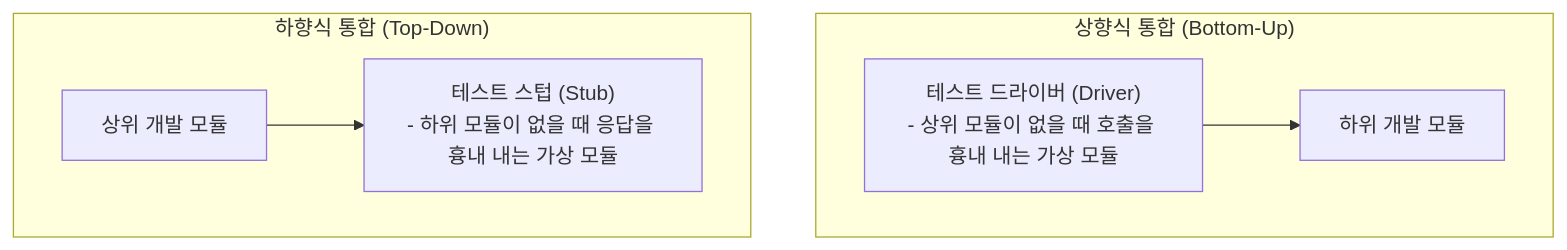
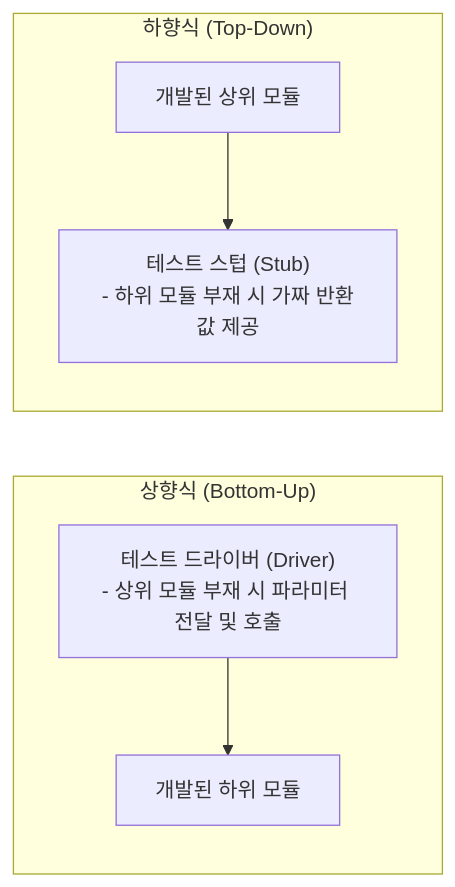
One commit to initbtn/blog changed the second of 2 diagrams in content/posts/ncs-swe-module-6-integration-testing-driver-stub.md. Above: the diagram before and after it, drawn with Mermaid. The commit also changed other lines of this file and 20 other files, not shown here.

````diff
--- a/content/posts/ncs-swe-module-6-integration-testing-driver-stub.md
+++ b/content/posts/ncs-swe-module-6-integration-testing-driver-stub.md
@@ -45,12 +39,10 @@
 ```mermaid
-flowchart TD
-    subgraph BottomUp["상향식 통합 (Bottom-Up)"]
-        Driver["테스트 드라이버 (Driver)<br>- 상위 모듈이 없을 때 호출을 흉내 내는 가상 모듈"]
-        Driver --> LowModule["하위 개발 모듈"]
+flowchart LR
+    subgraph Bottom["상향식 (Bottom-Up)"]
+        Driver["테스트 드라이버 (Driver)<br>- 상위 모듈 부재 시 파라미터 전달 및 호출"] --> Mod1["개발된 하위 모듈"]
     end
 
-    subgraph TopDown["하향식 통합 (Top-Down)"]
-        TopModule["상위 개발 모듈"]
-        TopModule --> Stub["테스트 스텁 (Stub)<br>- 하위 모듈이 없을 때 응답을 흉내 내는 가상 모듈"]
+    subgraph Top["하향식 (Top-Down)"]
+        Mod2["개발된 상위 모듈"] --> Stub["테스트 스텁 (Stub)<br>- 하위 모듈 부재 시 가짜 반환값 제공"]
     end
 ```
````
